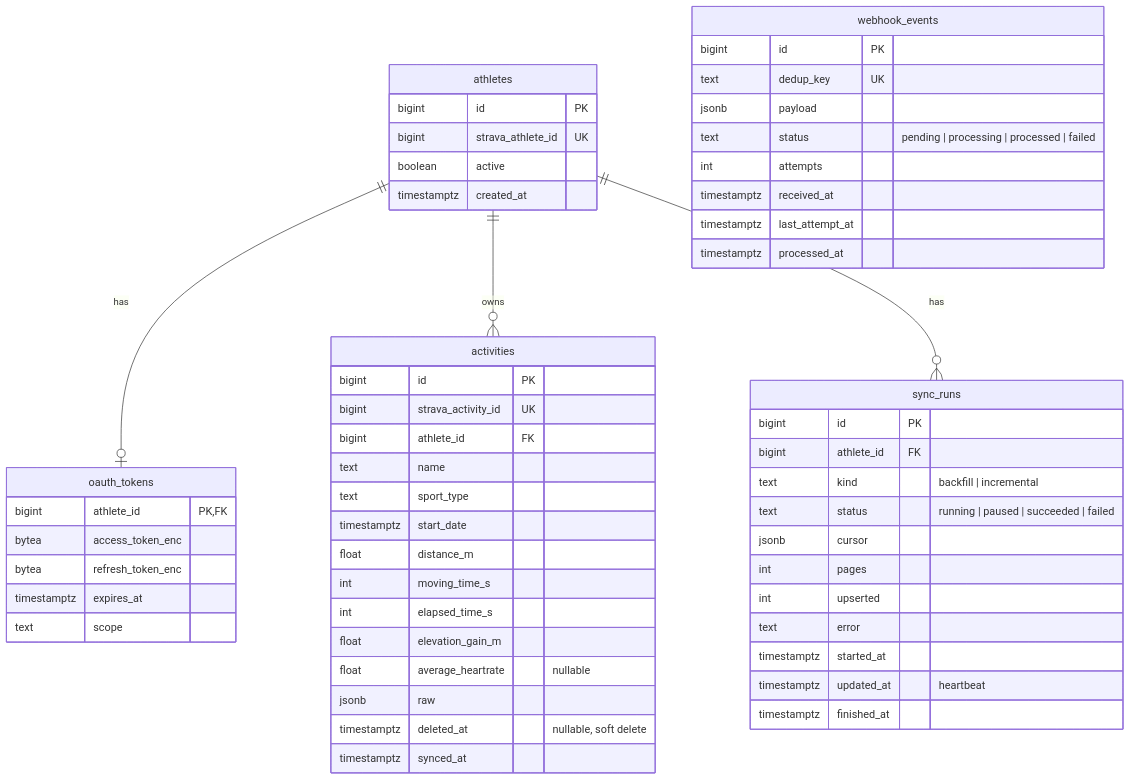
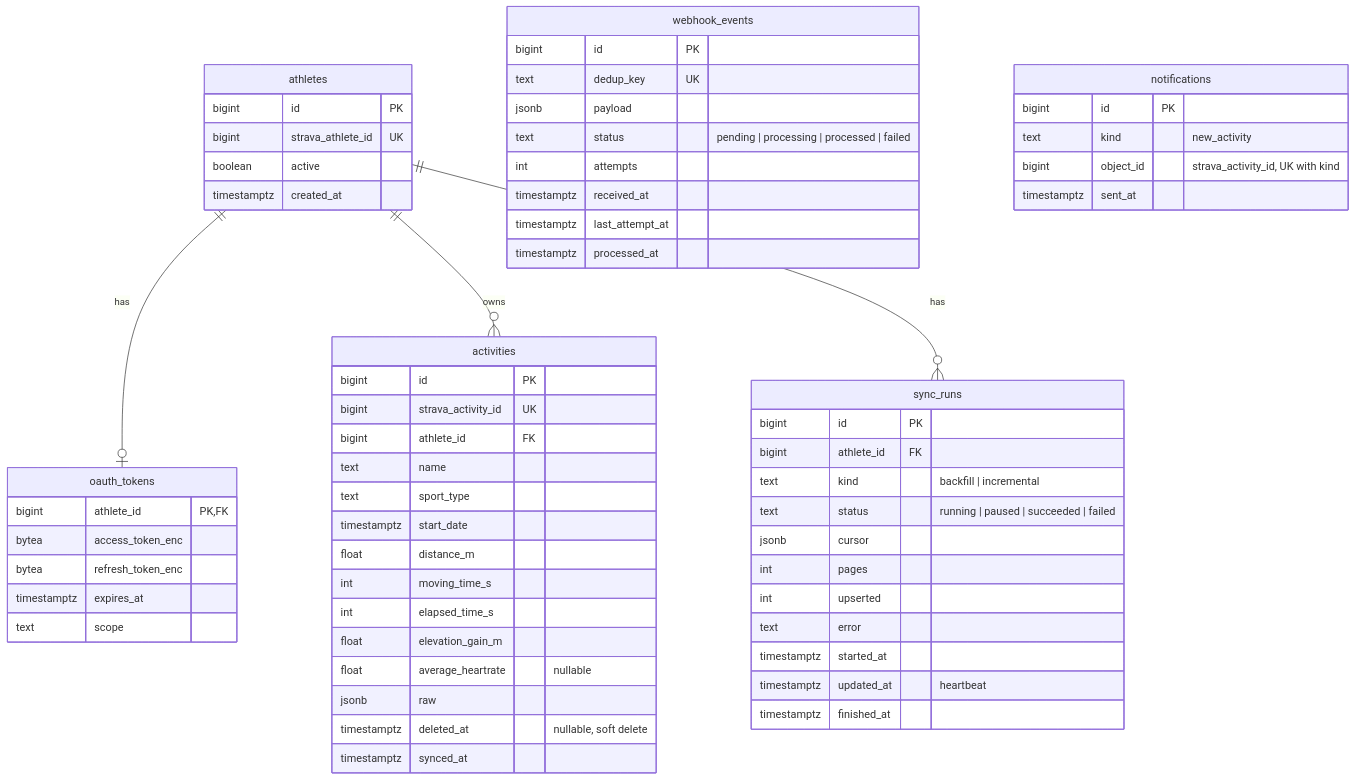
Before and after one commit to umutaydins/trainsync: the third of 16 diagrams in docs/diagrams.md, drawn with Mermaid. The commit also changed other lines of this file and 4 other files, not shown here.

Commit message:
phase 5 gate: evidence, diagrams, readme

````diff
--- a/docs/diagrams.md
+++ b/docs/diagrams.md
@@ -109,59 +176,65 @@
 ```mermaid
 erDiagram
     athletes ||--o| oauth_tokens : "has"
     athletes ||--o{ activities : "owns"
     athletes ||--o{ sync_runs : "has"
 
     athletes {
         bigint id PK
         bigint strava_athlete_id UK
         boolean active
         timestamptz created_at
     }
     oauth_tokens {
         bigint athlete_id PK, FK
         bytea access_token_enc
         bytea refresh_token_enc
         timestamptz expires_at
         text scope
     }
     activities {
         bigint id PK
         bigint strava_activity_id UK
         bigint athlete_id FK
         text name
         text sport_type
         timestamptz start_date
         float distance_m
         int moving_time_s
         int elapsed_time_s
         float elevation_gain_m
         float average_heartrate "nullable"
         jsonb raw
         timestamptz deleted_at "nullable, soft delete"
         timestamptz synced_at
     }
     sync_runs {
         bigint id PK
         bigint athlete_id FK
         text kind "backfill | incremental"
         text status "running | paused | succeeded | failed"
         jsonb cursor
         int pages
         int upserted
         text error
         timestamptz started_at
         timestamptz updated_at "heartbeat"
         timestamptz finished_at
     }
     webhook_events {
         bigint id PK
         text dedup_key UK
         jsonb payload
         text status "pending | processing | processed | failed"
         int attempts
         timestamptz received_at
         timestamptz last_attempt_at
         timestamptz processed_at
     }
+    notifications {
+        bigint id PK
+        text kind "new_activity"
+        bigint object_id "strava_activity_id, UK with kind"
+        timestamptz sent_at
+    }
 ```
````
